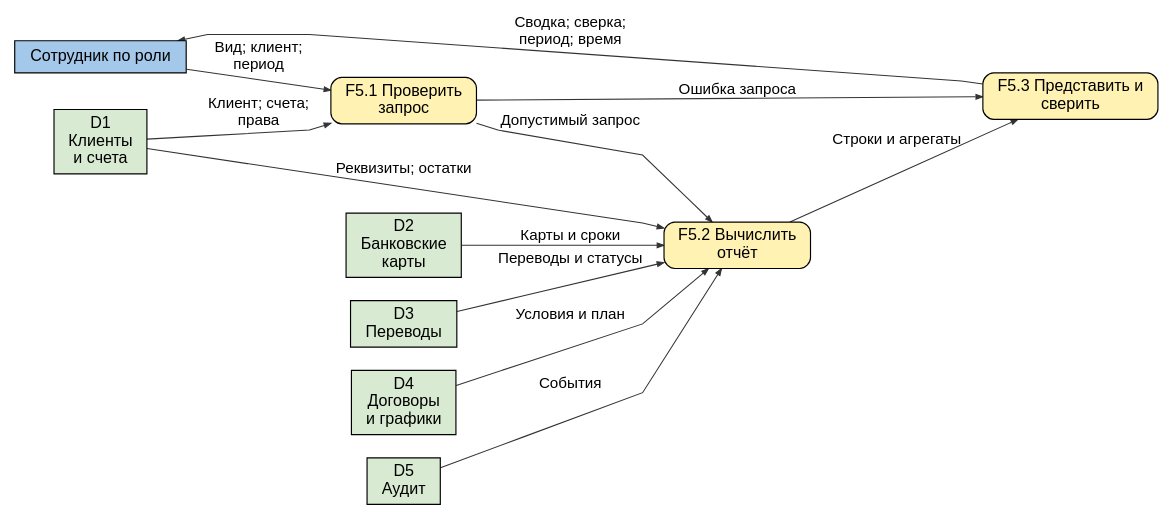
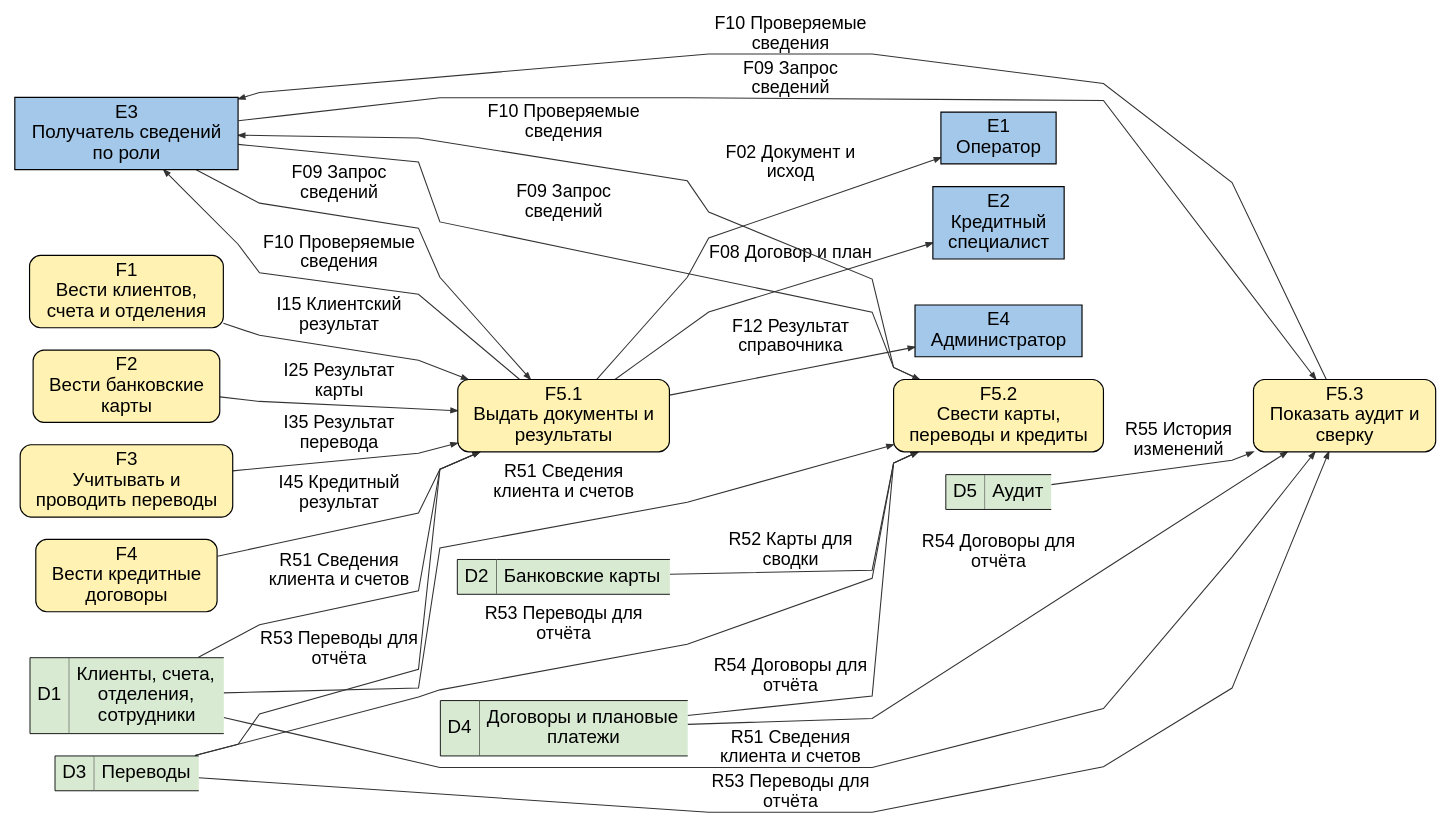
The diagram in figures/B8_reports.dot (qwertyvich/IT-project), drawn with Graphviz before and after one commit. The commit also changed 99 other files, not shown here.

```diff
--- a/figures/B8_reports.dot
+++ b/figures/B8_reports.dot
@@ -1,25 +1,46 @@
 digraph B8_reports {
 graph [rankdir=LR, bgcolor="white", pad=.12, nodesep=.35, ranksep=.65, splines=polyline, outputorder=edgesfirst];
-node [fontname="Arial", fontsize=18, margin=".12,.08", penwidth=1.3];
-edge [fontname="Arial", fontsize=17, color="#333333", penwidth=1.2, arrowsize=.75];
-"e" [label="Сотрудник по роли", shape="box", style="filled", fillcolor="#A4C8EA", width="2.667"];
-"p1" [label="F5.1 Проверить\nзапрос", shape="box", style="rounded,filled", fillcolor="#FFF2B2", width="2.264"];
-"p2" [label="F5.2 Вычислить\nотчёт", shape="box", style="rounded,filled", fillcolor="#FFF2B2", width="2.278"];
-"p3" [label="F5.3 Представить и\nсверить", shape="box", style="rounded,filled", fillcolor="#FFF2B2", width="2.722"];
-"D1" [label="D1\nКлиенты\nи счета", shape="record", style="filled", fillcolor="#D9EAD3", width="1.444"];
-"D2" [label="D2\nБанковские\nкарты", shape="record", style="filled", fillcolor="#D9EAD3", width="1.792"];
-"D3" [label="D3\nПереводы", shape="record", style="filled", fillcolor="#D9EAD3", width="1.653"];
-"D4" [label="D4\nДоговоры\nи графики", shape="record", style="filled", fillcolor="#D9EAD3", width="1.625"];
-"D5" [label="D5\nАудит", shape="record", style="filled", fillcolor="#D9EAD3", width="1.139"];
-e -> p1 [label="Вид; клиент;\nпериод"];
-D1 -> p1 [label="Клиент; счета;\nправа"];
-p1 -> p2 [label="Допустимый запрос"];
-D1 -> p2 [label="Реквизиты; остатки"];
-D2 -> p2 [label="Карты и сроки"];
-D3 -> p2 [label="Переводы и статусы"];
-D4 -> p2 [label="Условия и план"];
-D5 -> p2 [label="События"];
-p2 -> p3 [label="Строки и агрегаты"];
-p1 -> p3 [label="Ошибка запроса"];
-p3 -> e [label="Сводка; сверка;\nпериод; время"];
+node [fontname="Arial", fontsize=21, margin=".12,.08", penwidth=1.3];
+edge [fontname="Arial", fontsize=20, color="#333333", penwidth=1.2, arrowsize=.75];
+"E3" [label="E3\nПолучатель сведений\nпо роли", shape="box", style="filled", fillcolor="#A4C8EA", width="3.472"];
+"F5_1" [label="F5.1\nВыдать документы и\nрезультаты", shape="box", style="rounded,filled", fillcolor="#FFF2B2", width="3.292"];
+E3 -> F5_1 [label="F09 Запрос\nсведений"];
+"F5_2" [label="F5.2\nСвести карты,\nпереводы и кредиты", shape="box", style="rounded,filled", fillcolor="#FFF2B2", width="3.264"];
+E3 -> F5_2 [label="F09 Запрос\nсведений"];
+"F5_3" [label="F5.3\nПоказать аудит и\nсверку", shape="box", style="rounded,filled", fillcolor="#FFF2B2", width="2.833"];
+E3 -> F5_3 [label="F09 Запрос\nсведений"];
+"E1" [label="E1\nОператор", shape="box", style="filled", fillcolor="#A4C8EA", width="1.792"];
+F5_1 -> E1 [label="F02 Документ и\nисход"];
+"E2" [label="E2\nКредитный\nспециалист", shape="box", style="filled", fillcolor="#A4C8EA", width="2.042"];
+F5_1 -> E2 [label="F08 Договор и план"];
+F5_1 -> E3 [label="F10 Проверяемые\nсведения"];
+F5_2 -> E3 [label="F10 Проверяемые\nсведения"];
+F5_3 -> E3 [label="F10 Проверяемые\nсведения"];
+"E4" [label="E4\nАдминистратор", shape="box", style="filled", fillcolor="#A4C8EA", width="2.597"];
+F5_1 -> E4 [label="F12 Результат\nсправочника"];
+"F1" [label="F1\nВести клиентов,\nсчета и отделения", shape="box", style="rounded,filled", fillcolor="#FFF2B2", width="3.013"];
+F1 -> F5_1 [label="I15 Клиентский\nрезультат"];
+"F2" [label="F2\nВести банковские\nкарты", shape="box", style="rounded,filled", fillcolor="#FFF2B2", width="2.903"];
+F2 -> F5_1 [label="I25 Результат\nкарты"];
+"F3" [label="F3\nУчитывать и\nпроводить переводы", shape="box", style="rounded,filled", fillcolor="#FFF2B2", width="3.306"];
+F3 -> F5_1 [label="I35 Результат\nперевода"];
+"F4" [label="F4\nВести кредитные\nдоговоры", shape="box", style="rounded,filled", fillcolor="#FFF2B2", width="2.819"];
+F4 -> F5_1 [label="I45 Кредитный\nрезультат"];
+"D1" [shape=plain,style="",label=<<TABLE BORDER="0" CELLBORDER="0" CELLSPACING="0" CELLPADDING="7"><TR><TD BORDER="1" SIDES="TLBR" BGCOLOR="#D9EAD3">D1</TD><TD BORDER="1" SIDES="TB" BGCOLOR="#D9EAD3">Клиенты, счета,<BR/>отделения,<BR/>сотрудники</TD></TR></TABLE>>];
+D1 -> F5_1 [label="R51 Сведения\nклиента и счетов"];
+D1 -> F5_2 [label="R51 Сведения\nклиента и счетов"];
+D1 -> F5_3 [label="R51 Сведения\nклиента и счетов"];
+"D2" [shape=plain,style="",label=<<TABLE BORDER="0" CELLBORDER="0" CELLSPACING="0" CELLPADDING="7"><TR><TD BORDER="1" SIDES="TLBR" BGCOLOR="#D9EAD3">D2</TD><TD BORDER="1" SIDES="TB" BGCOLOR="#D9EAD3">Банковские карты</TD></TR></TABLE>>];
+D2 -> F5_2 [label="R52 Карты для\nсводки"];
+"D3" [shape=plain,style="",label=<<TABLE BORDER="0" CELLBORDER="0" CELLSPACING="0" CELLPADDING="7"><TR><TD BORDER="1" SIDES="TLBR" BGCOLOR="#D9EAD3">D3</TD><TD BORDER="1" SIDES="TB" BGCOLOR="#D9EAD3">Переводы</TD></TR></TABLE>>];
+D3 -> F5_1 [label="R53 Переводы для\nотчёта"];
+D3 -> F5_2 [label="R53 Переводы для\nотчёта"];
+D3 -> F5_3 [label="R53 Переводы для\nотчёта"];
+"D4" [shape=plain,style="",label=<<TABLE BORDER="0" CELLBORDER="0" CELLSPACING="0" CELLPADDING="7"><TR><TD BORDER="1" SIDES="TLBR" BGCOLOR="#D9EAD3">D4</TD><TD BORDER="1" SIDES="TB" BGCOLOR="#D9EAD3">Договоры и плановые<BR/>платежи</TD></TR></TABLE>>];
+D4 -> F5_2 [label="R54 Договоры для\nотчёта"];
+D4 -> F5_3 [label="R54 Договоры для\nотчёта"];
+"D5" [shape=plain,style="",label=<<TABLE BORDER="0" CELLBORDER="0" CELLSPACING="0" CELLPADDING="7"><TR><TD BORDER="1" SIDES="TLBR" BGCOLOR="#D9EAD3">D5</TD><TD BORDER="1" SIDES="TB" BGCOLOR="#D9EAD3">Аудит</TD></TR></TABLE>>];
+D5 -> F5_3 [label="R55 История\nизменений"];
+F5_1 -> F5_2 [label="", style="invis", weight="8"];
+F5_2 -> F5_3 [label="", style="invis", weight="8"];
 }
```
